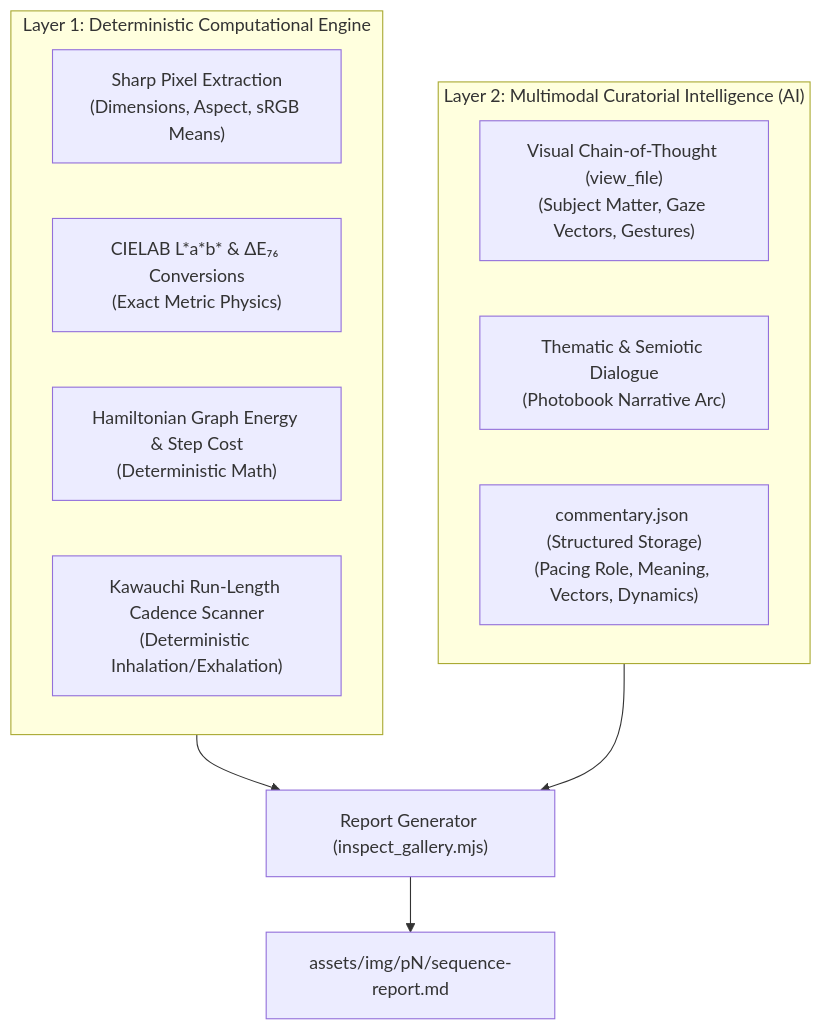
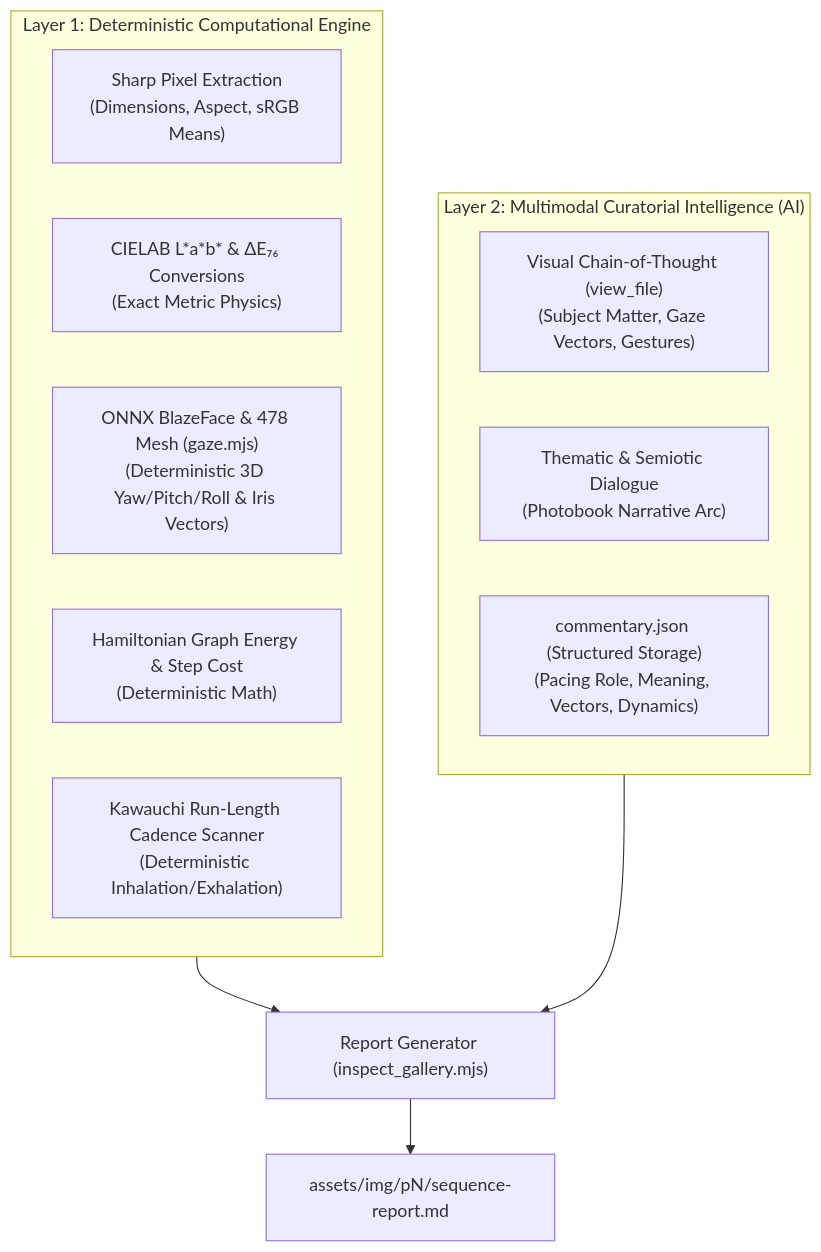
Before and after one commit to ryusoh/ryusoh.github.io: the sixth of 6 diagrams in docs/sequence-skill-architecture.md, drawn with Mermaid. The commit also changed other lines of this file, not shown here.

Commit message:
feat(sequence): add gaze.mjs for deterministic gaze vector and head pose estimation

````diff
--- a/docs/sequence-skill-architecture.md
+++ b/docs/sequence-skill-architecture.md
@@ -331,19 +424,20 @@
 ```mermaid
 graph TD
     subgraph Layer1 ["Layer 1: Deterministic Computational Engine"]
         Sharp["Sharp Pixel Extraction<br>(Dimensions, Aspect, sRGB Means)"]
         Colorimetry["CIELAB L*a*b* & ΔE₇₆ Conversions<br>(Exact Metric Physics)"]
+        GazeModel["ONNX BlazeFace & 478 Mesh (gaze.mjs)<br>(Deterministic 3D Yaw/Pitch/Roll & Iris Vectors)"]
         Hamiltonian["Hamiltonian Graph Energy & Step Cost<br>(Deterministic Math)"]
         Cadence["Kawauchi Run-Length Cadence Scanner<br>(Deterministic Inhalation/Exhalation)"]
     end
 
     subgraph Layer2 ["Layer 2: Multimodal Curatorial Intelligence (AI)"]
         VCoT["Visual Chain-of-Thought (view_file)<br>(Subject Matter, Gaze Vectors, Gestures)"]
         Narrative["Thematic & Semiotic Dialogue<br>(Photobook Narrative Arc)"]
         JSON["commentary.json (Structured Storage)<br>(Pacing Role, Meaning, Vectors, Dynamics)"]
     end
 
     Layer1 --> ReportGenerator["Report Generator (inspect_gallery.mjs)"]
     Layer2 --> ReportGenerator
     ReportGenerator --> VisualReport["assets/img/pN/sequence-report.md"]
 ```
````
